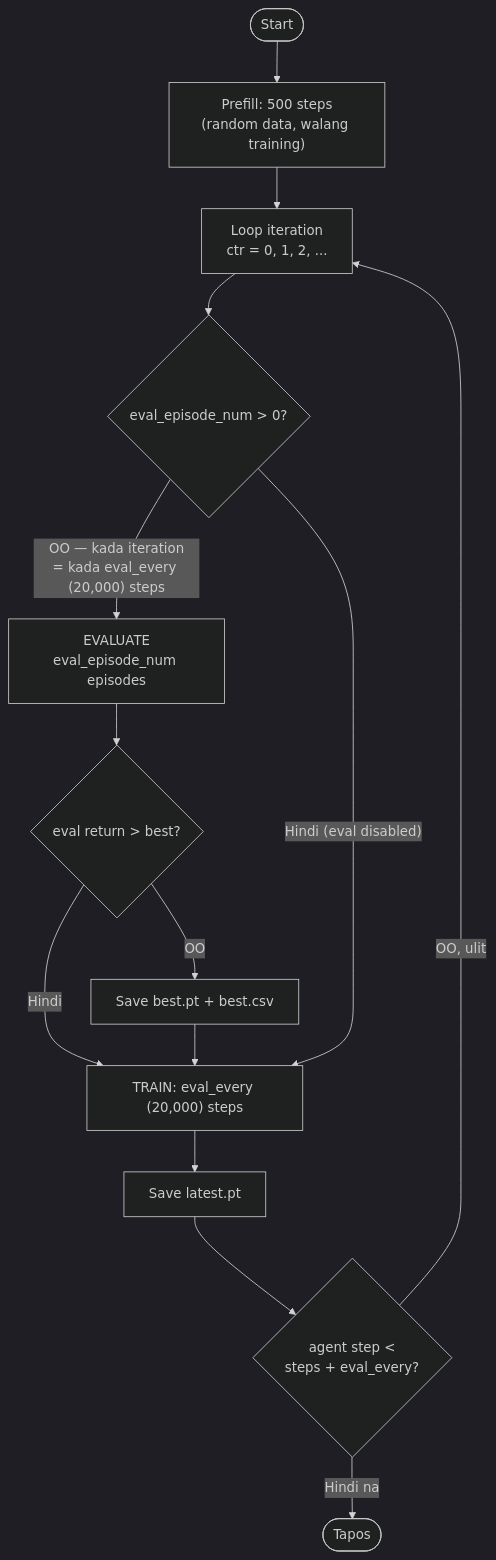
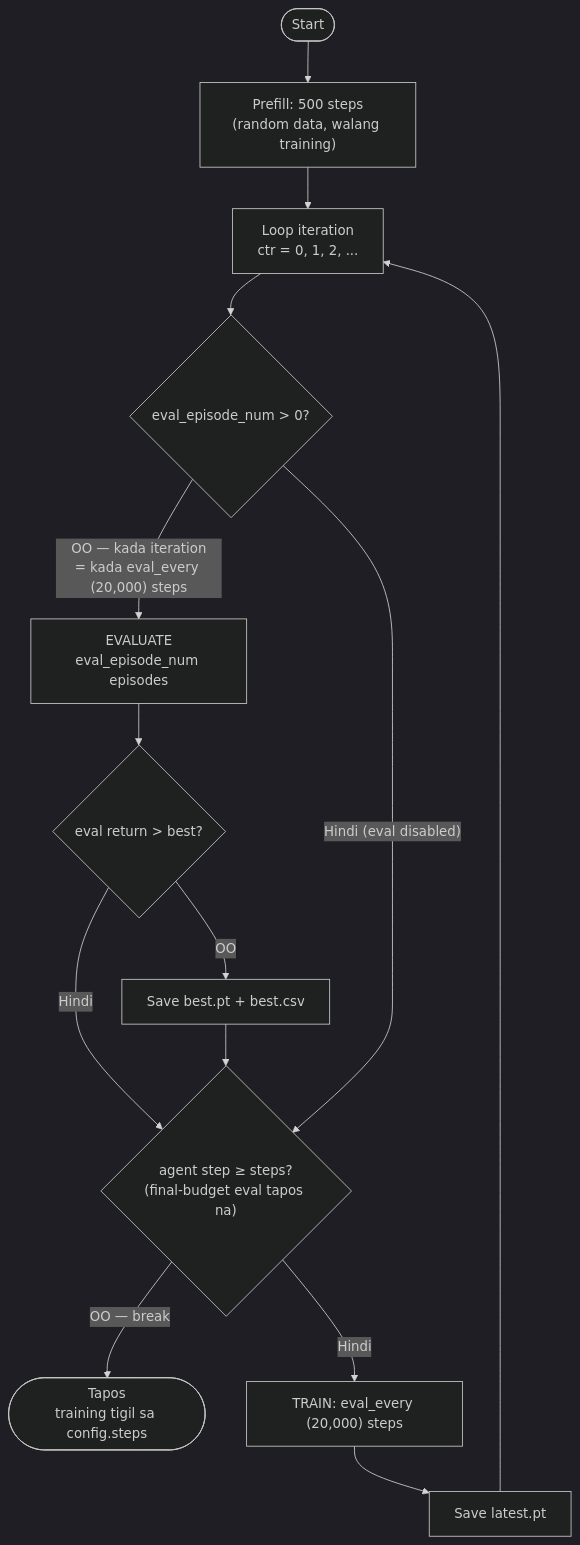
One commit to drinsoriano/turtlebot-dreamerv3 changed the first of 2 diagrams in docs/evaluation_loop.md. Above: the diagram before and after it, drawn with Mermaid (dark theme). The commit also changed other lines of this file and 9 other files, not shown here.

First line of the commit message:
docs: document full_imu mode + sync eval-loop fix, collision, eval_every

````diff
--- a/docs/evaluation_loop.md
+++ b/docs/evaluation_loop.md
@@ -39,16 +47,16 @@
 ```mermaid
 flowchart TD
     A([Start]) --> B["Prefill: 500 steps<br/>(random data, walang training)"]
     B --> C["Loop iteration<br/>ctr = 0, 1, 2, ..."]
     C --> D{"eval_episode_num > 0?"}
     D -->|"OO — kada iteration<br/>= kada eval_every (20,000) steps"| E["EVALUATE<br/>eval_episode_num episodes"]
     E --> F{"eval return > best?"}
     F -->|OO| G["Save best.pt + best.csv"]
-    F -->|Hindi| H["TRAIN: eval_every (20,000) steps"]
-    G --> H
-    D -->|"Hindi (eval disabled)"| H
+    F -->|Hindi| Z
+    G --> Z{"agent step ≥ steps?<br/>(final-budget eval tapos na)"}
+    D -->|"Hindi (eval disabled)"| Z
+    Z -->|"OO — break"| K([Tapos<br/>training tigil sa config.steps])
+    Z -->|"Hindi"| H["TRAIN: eval_every (20,000) steps"]
     H --> I["Save latest.pt"]
-    I --> J{"agent step <<br/>steps + eval_every?"}
-    J -->|OO, ulit| C
-    J -->|Hindi na| K([Tapos])
+    I --> C
 ```
````
